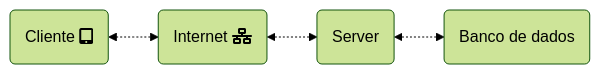
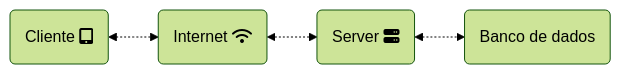
Before and after one commit to guilhermemelolima/formacao-dio-html: the second of 8 diagrams in resumos/resumo-entendendo-comunicacao-cliente-x-servidor.md, drawn with Mermaid (forest theme). The commit also changed other lines of this file, not shown here.

````diff
--- a/resumos/resumo-entendendo-comunicacao-cliente-x-servidor.md
+++ b/resumos/resumo-entendendo-comunicacao-cliente-x-servidor.md
@@ -72,4 +72,4 @@
 ```mermaid
 flowchart LR
-    ClientePhone(Cliente fas:fa-tablet-alt) <-.-> internet(Internet fas:fa-network-wired) <-.-> Server(Server) <-.-> db(Banco de dados)
+    ClientePhone(Cliente fas:fa-tablet-alt) <-.-> internet(Internet fas:fa-wifi) <-.-> Server(Server fas:fa-server) <-.-> db(Banco de dados)
 ```
````
